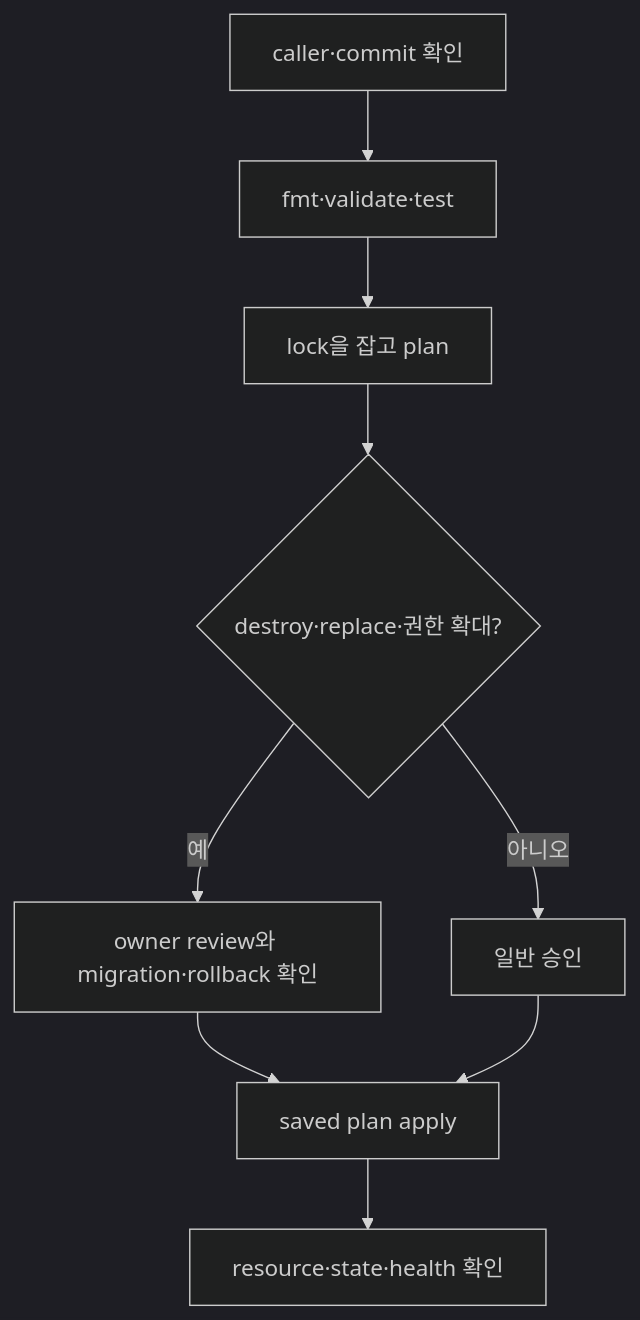
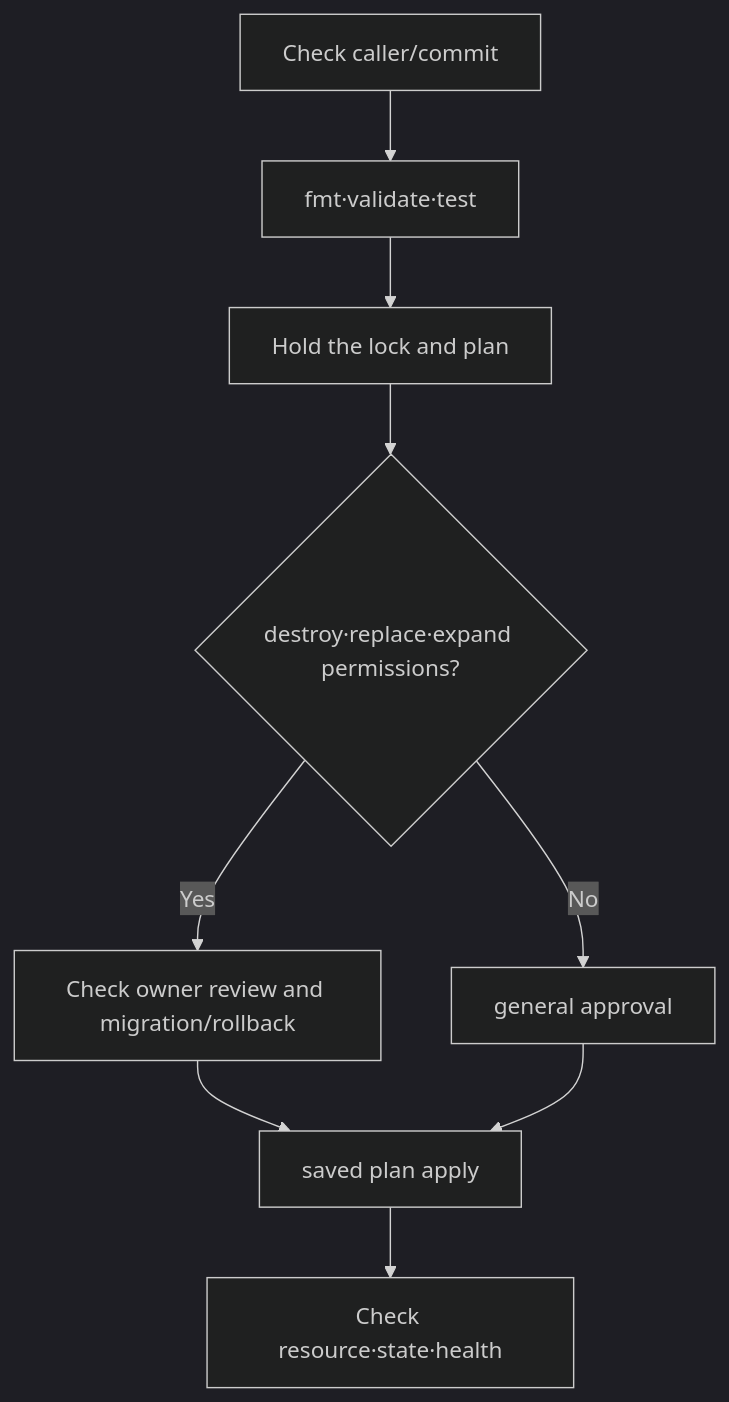
One commit to nohdol97/nohdol-study changed the diagram in docs-site/content/terraform-aws/02-plan-drift-import-lab.md. Above: the diagram before and after it, drawn with Mermaid (dark theme). The commit also changed other lines of this file and 116 other files, not shown here.

````diff
--- a/docs-site/content/terraform-aws/02-plan-drift-import-lab.md
+++ b/docs-site/content/terraform-aws/02-plan-drift-import-lab.md
@@ -113,11 +113,11 @@
 ```mermaid
 flowchart TD
-    A[caller·commit 확인] --> B[fmt·validate·test]
-    B --> C[lock을 잡고 plan]
-    C --> D{destroy·replace·권한 확대?}
-    D -->|예| E[owner review와 migration·rollback 확인]
-    D -->|아니오| F[일반 승인]
+    A[Check caller/commit] --> B[fmt·validate·test]
+    B --> C[Hold the lock and plan]
+    C --> D{destroy·replace·expand permissions?}
+    D -->|Yes| E[Check owner review and migration/rollback]
+    D -->|No| F[general approval]
     E --> G[saved plan apply]
     F --> G
-    G --> H[resource·state·health 확인]
+    G --> H[Check resource·state·health]
 ```
````
